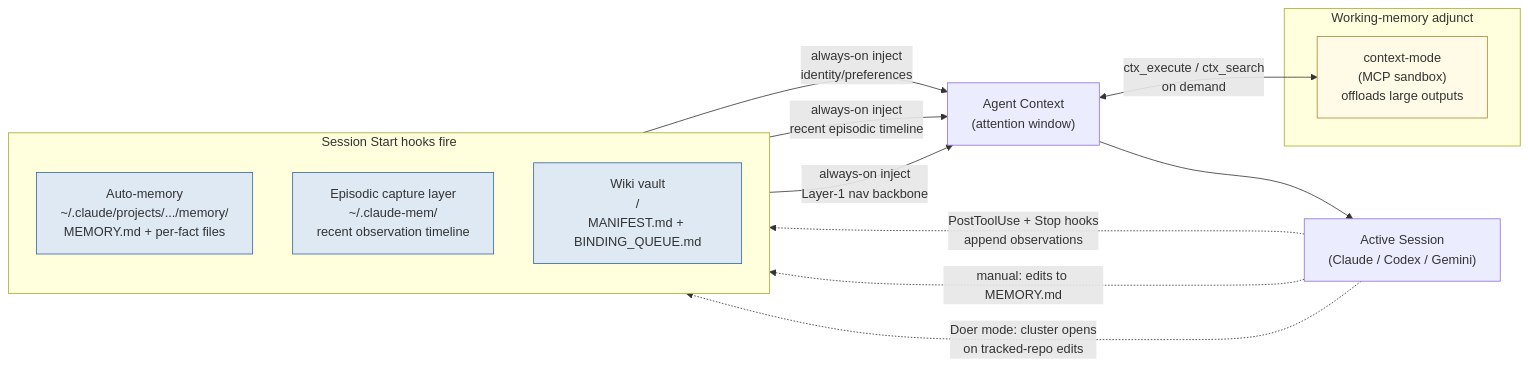
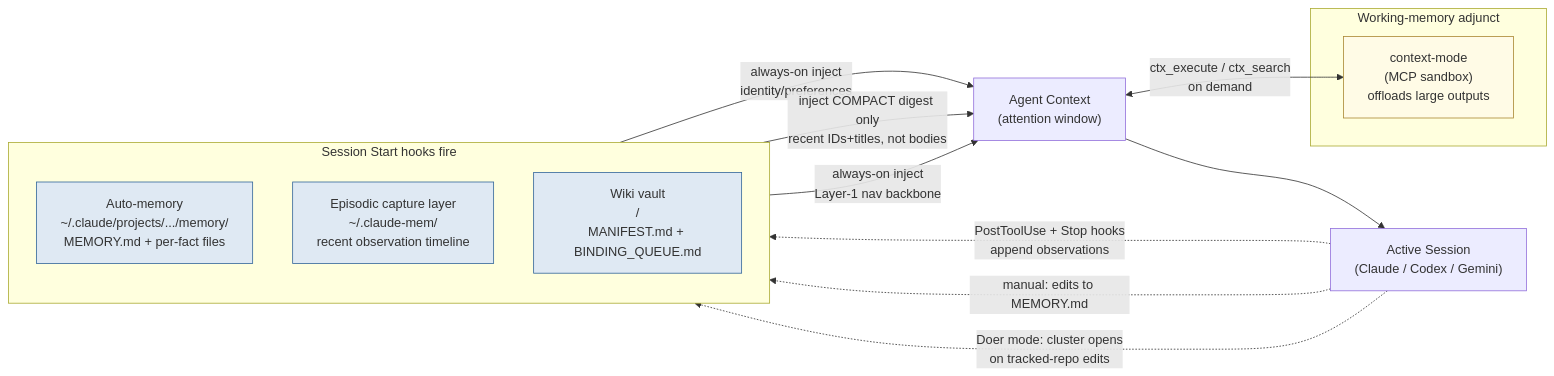
Before and after one commit to FRBio-maker/hive-mind-os: the third of 7 diagrams in docs/INFRASTRUCTURE.md, drawn with Mermaid. The commit also changed other lines of this file and 5 other files, not shown here.

````diff
--- a/docs/INFRASTRUCTURE.md
+++ b/docs/INFRASTRUCTURE.md
@@ -175,31 +179,31 @@
 ```mermaid
 flowchart LR
     subgraph SS[Session Start hooks fire]
         direction TB
         AM["Auto-memory<br/>~/.claude/projects/.../memory/<br/>MEMORY.md + per-fact files"]
         CM["Episodic capture layer<br/>~/.claude-mem/<br/>recent observation timeline"]
         OW["Wiki vault<br/><vault>/<br/>MANIFEST.md + BINDING_QUEUE.md"]
     end
 
     AM -->|always-on inject<br/>identity/preferences| AC
-    CM -->|always-on inject<br/>recent episodic timeline| AC
+    CM -->|inject COMPACT digest only<br/>recent IDs+titles, not bodies| AC
     OW -->|always-on inject<br/>Layer-1 nav backbone| AC
 
     AC["Agent Context<br/>(attention window)"]
 
     subgraph WM[Working-memory adjunct]
         CTX["context-mode<br/>(MCP sandbox)<br/>offloads large outputs"]
     end
 
     AC <-->|ctx_execute / ctx_search<br/>on demand| CTX
     AC --> ACT["Active Session<br/>(Claude / Codex / Gemini)"]
 
     ACT -. "PostToolUse + Stop hooks<br/>append observations" .-> CM
     ACT -. "manual: edits to MEMORY.md" .-> AM
     ACT -. "Doer mode: cluster opens<br/>on tracked-repo edits" .-> OW
 
     classDef inject fill:#dfe9f3,stroke:#369
     classDef sandbox fill:#fffbe6,stroke:#a83
     class AM,CM,OW inject
     class CTX sandbox
 ```
````
